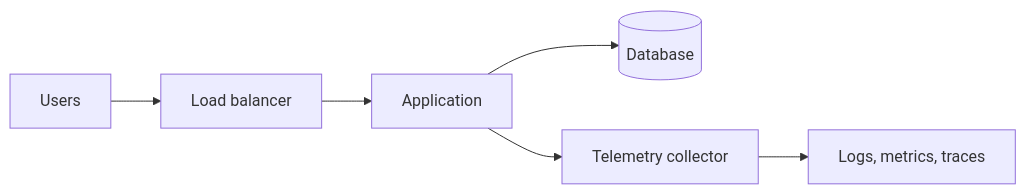
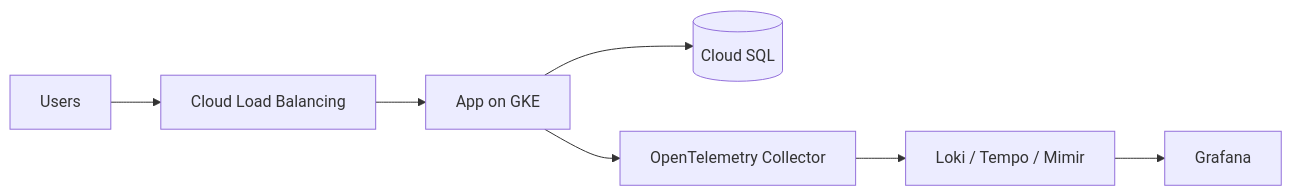
The diagram in README.md (techric/Recruiter-Friendly-README-Template), drawn with Mermaid before and after one commit. The commit also changed other lines of this file, not shown here.

````diff
--- a/README.md
+++ b/README.md
@@ -48,8 +74,9 @@
 ```mermaid
 flowchart LR
-  user[Users] --> lb[Load balancer]
-  lb --> app[Application]
-  app --> db[(Database)]
-  app --> otel[Telemetry collector]
-  otel --> obs[Logs, metrics, traces]
+  user[Users] --> lb[Cloud Load Balancing]
+  lb --> app[App on GKE]
+  app --> db[(Cloud SQL)]
+  app --> otel[OpenTelemetry Collector]
+  otel --> obs[Loki / Tempo / Mimir]
+  obs --> graf[Grafana]
 ```
````
